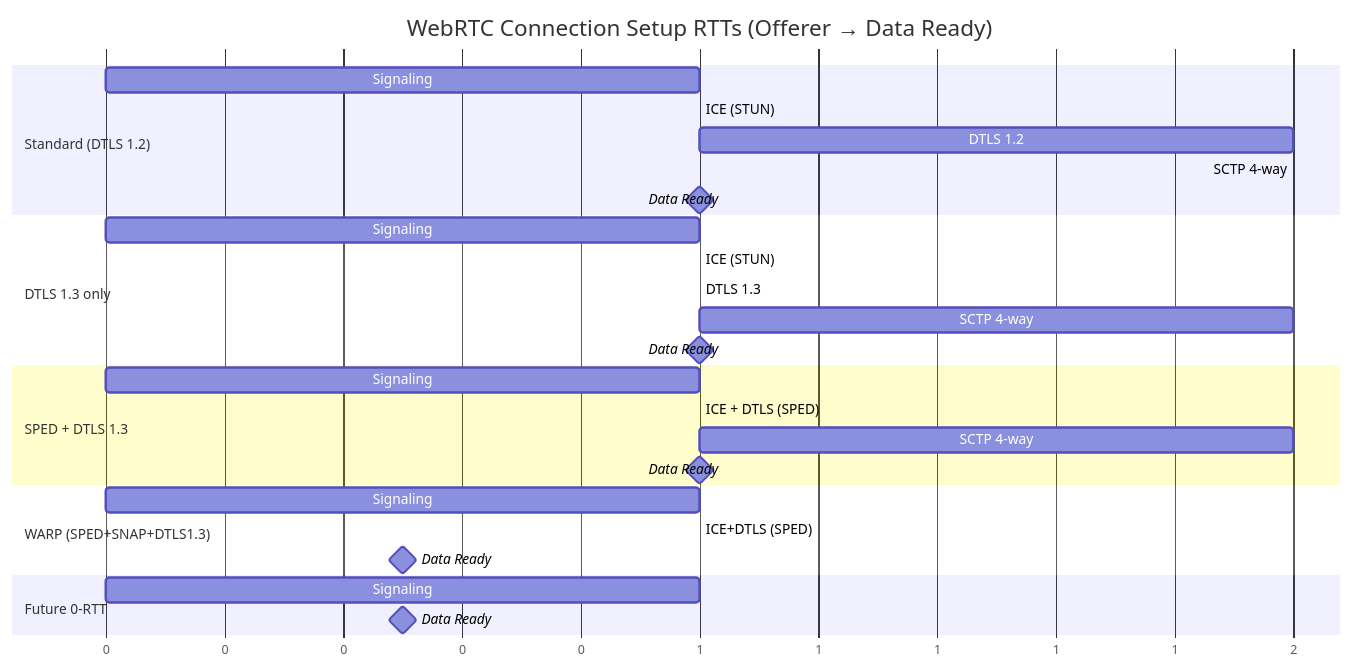
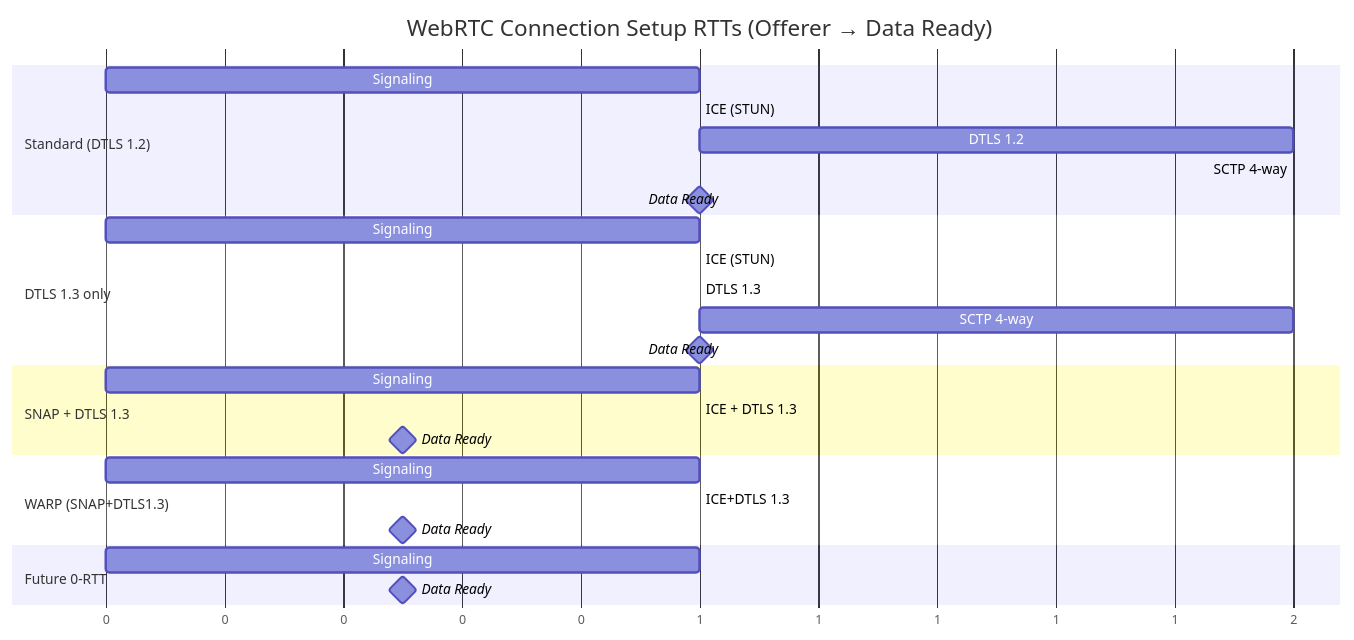
The eighth of 10 diagrams in README.md (xnorpx/str0m_browser_integration_tests), drawn with Mermaid before and after one commit. The commit also changed other lines of this file and 13 other files, not shown here.

````diff
--- a/README.md
+++ b/README.md
@@ -276,35 +254,34 @@
 ```mermaid
 gantt
     title WebRTC Connection Setup RTTs (Offerer → Data Ready)
     dateFormat X
     axisFormat %s
 
     section Standard (DTLS 1.2)
     Signaling       :a0, 0, 1
     ICE (STUN)      :a1, after a0, 1
     DTLS 1.2        :a2, after a1, 2
     SCTP 4-way      :a3, after a2, 2
     Data Ready      :milestone, after a3, 0
 
     section DTLS 1.3 only
     Signaling       :b0, 0, 1
     ICE (STUN)      :b1, after b0, 1
     DTLS 1.3        :b2, after b1, 1
     SCTP 4-way      :b3, after b2, 2
     Data Ready      :milestone, after b3, 0
 
-    section SPED + DTLS 1.3
+    section SNAP + DTLS 1.3
     Signaling       :c0, 0, 1
-    ICE + DTLS (SPED) :c1, after c0, 1
-    SCTP 4-way      :c2, after c1, 2
-    Data Ready      :milestone, after c2, 0
+    ICE + DTLS 1.3  :c1, after c0, 1
+    Data Ready      :milestone, after c1, 0
 
-    section WARP (SPED+SNAP+DTLS1.3)
+    section WARP (SNAP+DTLS1.3)
     Signaling       :d0, 0, 1
-    ICE+DTLS (SPED) :d1, after d0, 1
+    ICE+DTLS 1.3    :d1, after d0, 1
     Data Ready      :milestone, after d1, 0
 
     section Future 0-RTT
     Signaling       :e0, 0, 1
     Data Ready      :milestone, after e0, 0
 ```
````
